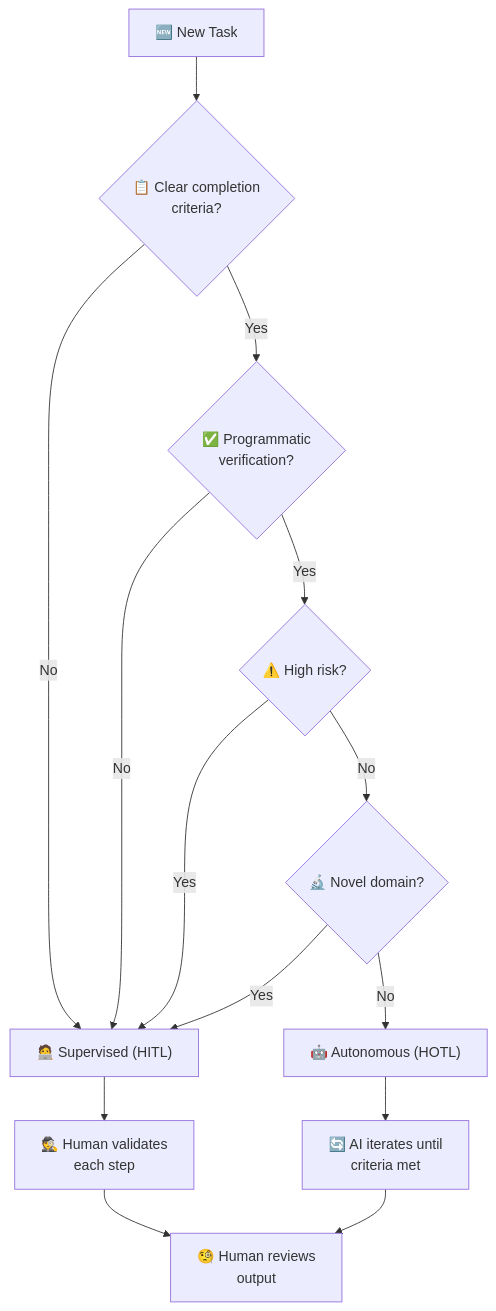
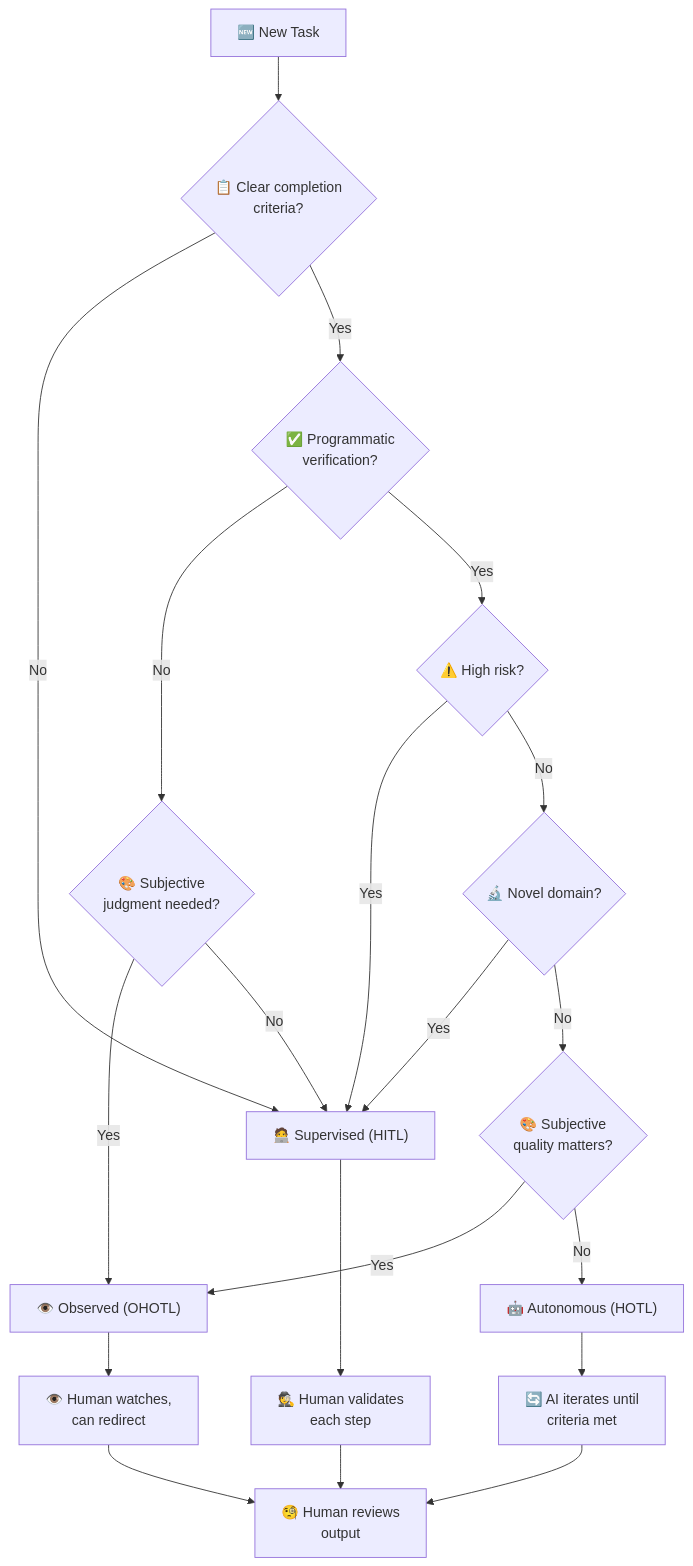
Before and after one commit to TheBushidoCollective/han: diagram 14 of 16 in website/content/papers/ai-dlc-2026.md, drawn with Mermaid. The commit also changed other lines of this file and 7 other files, not shown here.

````diff
--- a/website/content/papers/ai-dlc-2026.md
+++ b/website/content/papers/ai-dlc-2026.md
@@ -1048,18 +1170,24 @@
 ```mermaid
 flowchart TD
     A["🆕 New Task"] --> B{"📋 Clear completion<br/>criteria?"}
     B -->|"No"| C["🧑‍💻 Supervised (HITL)"]
     B -->|"Yes"| D{"✅ Programmatic<br/>verification?"}
-    D -->|"No"| C
-    D -->|"Yes"| E{"⚠️ High risk?"}
-    E -->|"Yes"| C
-    E -->|"No"| F{"🔬 Novel domain?"}
-    F -->|"Yes"| C
-    F -->|"No"| G["🤖 Autonomous (HOTL)"]
+    D -->|"No"| E{"🎨 Subjective<br/>judgment needed?"}
+    E -->|"Yes"| F["👁️ Observed (OHOTL)"]
+    E -->|"No"| C
+    D -->|"Yes"| G{"⚠️ High risk?"}
+    G -->|"Yes"| C
+    G -->|"No"| H{"🔬 Novel domain?"}
+    H -->|"Yes"| C
+    H -->|"No"| I{"🎨 Subjective<br/>quality matters?"}
+    I -->|"Yes"| F
+    I -->|"No"| J["🤖 Autonomous (HOTL)"]
 
-    C --> H["🕵️ Human validates<br/>each step"]
-    G --> I["🔄 AI iterates until<br/>criteria met"]
+    C --> K["🕵️ Human validates<br/>each step"]
+    F --> L["👁️ Human watches,<br/>can redirect"]
+    J --> M["🔄 AI iterates until<br/>criteria met"]
 
-    H --> J["🧐 Human reviews<br/>output"]
-    I --> J
+    K --> N["🧐 Human reviews<br/>output"]
+    L --> N
+    M --> N
 ```
````
